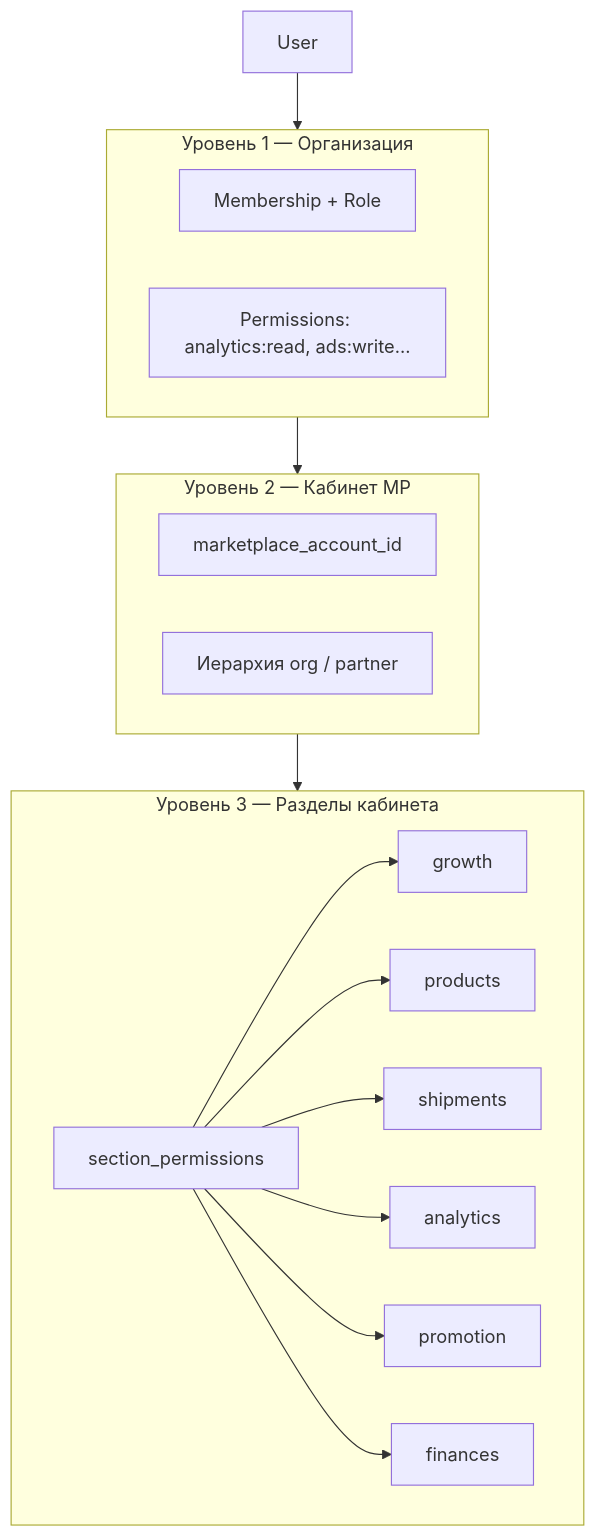
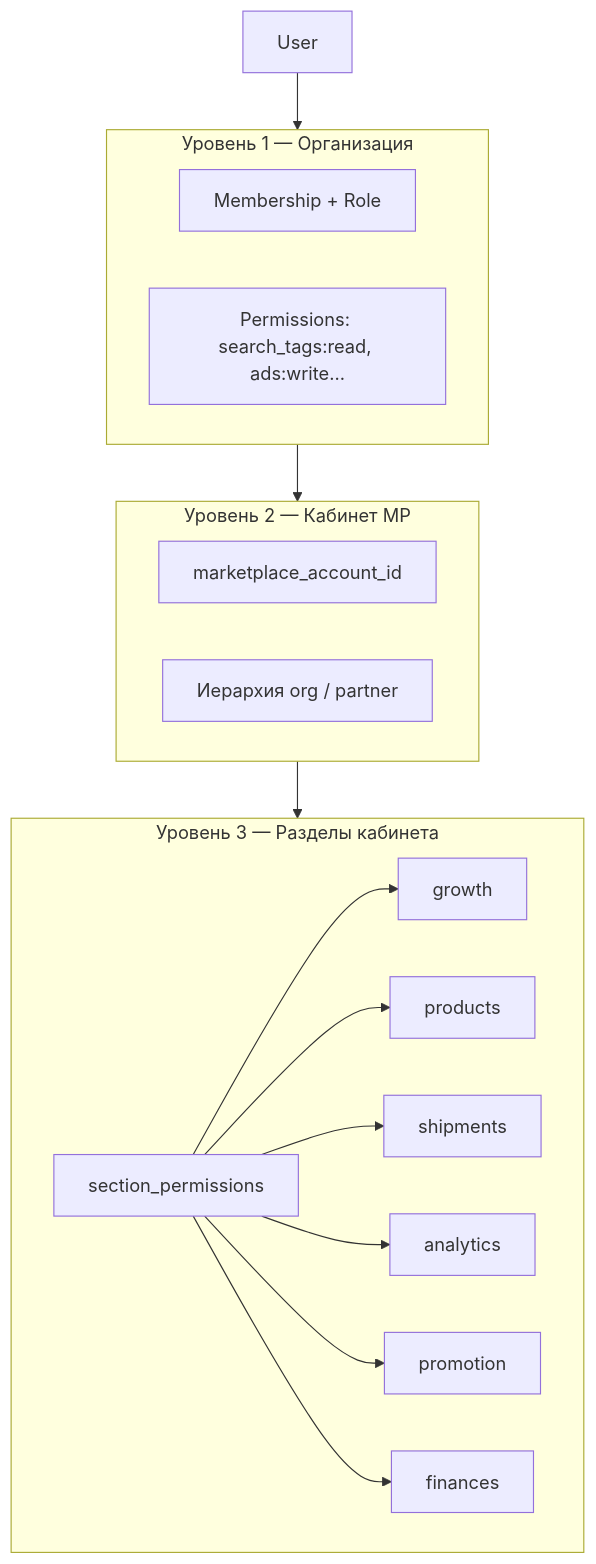
The diagram in architecture/access-control.md (MarketHackerLabs/docs), drawn with Mermaid before and after one commit. The commit also changed other lines of this file and 10 other files, not shown here.

````diff
--- a/architecture/access-control.md
+++ b/architecture/access-control.md
@@ -7,24 +7,24 @@
 ```mermaid
 flowchart TB
     subgraph L1 [Уровень 1 — Организация]
         MEM[Membership + Role]
-        PERM[Permissions: analytics:read, ads:write...]
+        PERM[Permissions: search_tags:read, ads:write...]
     end
 
     subgraph L2 [Уровень 2 — Кабинет MP]
         BIND[marketplace_account_id]
         PARTNER[Иерархия org / partner]
     end
 
     subgraph L3 [Уровень 3 — Разделы кабинета]
         SEC[section_permissions]
         SEC --> GROWTH[growth]
         SEC --> PROD[products]
         SEC --> SHIP[shipments]
         SEC --> ANAL[analytics]
         SEC --> PROMO[promotion]
         SEC --> FIN[finances]
     end
 
     USER[User] --> L1 --> L2 --> L3
 ```
````
